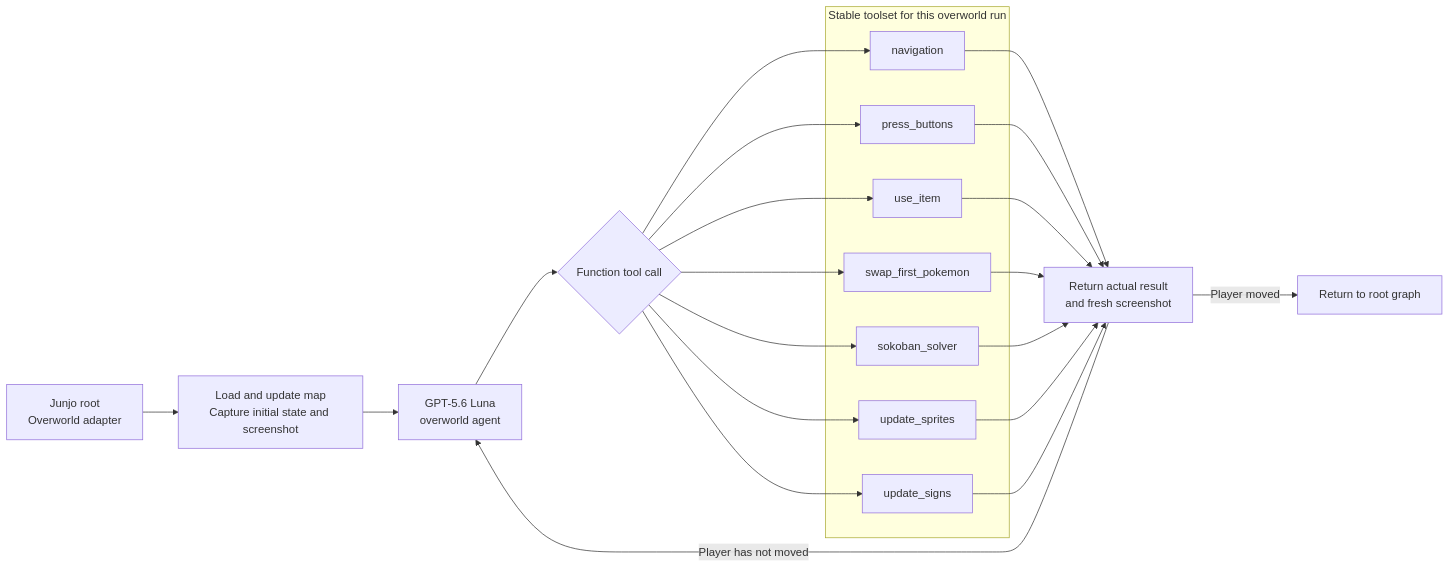
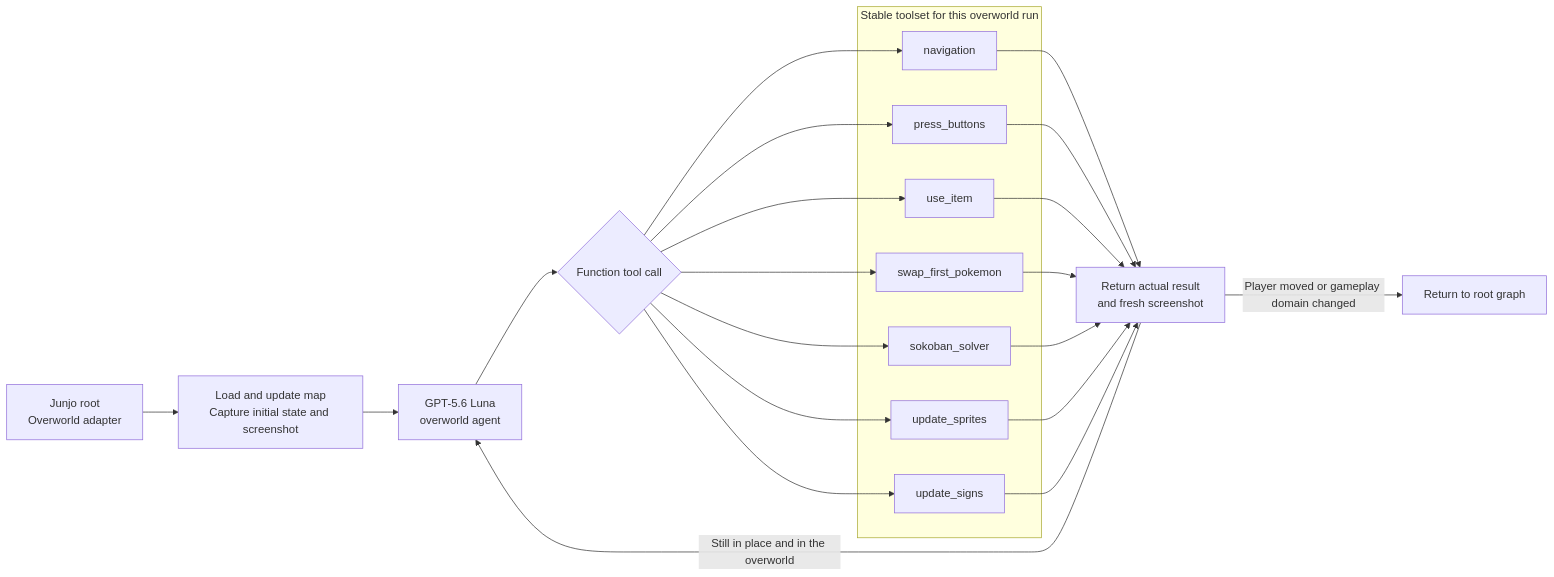
Before and after one commit to clambro/ai-plays-pokemon: the first of 3 diagrams in docs/workflow.md, drawn with Mermaid. The commit also changed other lines of this file and 4 other files, not shown here.

First line of the commit message:
Harden overworld agent boundaries

````diff
--- a/docs/workflow.md
+++ b/docs/workflow.md
@@ -48,35 +48,35 @@
 ```mermaid
 flowchart LR
     root["Junjo root<br/>Overworld adapter"] --> prepare["Load and update map<br/>Capture initial state and screenshot"]
     prepare --> agent["GPT-5.6 Luna<br/>overworld agent"]
     agent --> choice{"Function tool call"}
 
     subgraph toolset["Stable toolset for this overworld run"]
         navigate["navigation"]
         buttons["press_buttons"]
         item["use_item"]
         swap["swap_first_pokemon"]
         sokoban["sokoban_solver"]
         sprites["update_sprites"]
         signs["update_signs"]
     end
 
     choice --> navigate
     choice --> buttons
     choice --> item
     choice --> swap
     choice --> sokoban
     choice --> sprites
     choice --> signs
 
     navigate --> observe["Return actual result<br/>and fresh screenshot"]
     buttons --> observe
     item --> observe
     swap --> observe
     sokoban --> observe
     sprites --> observe
     signs --> observe
 
-    observe -->|"Player has not moved"| agent
-    observe -->|"Player moved"| finish["Return to root graph"]
+    observe -->|"Still in place and in the overworld"| agent
+    observe -->|"Player moved or gameplay domain changed"| finish["Return to root graph"]
 ```
````
